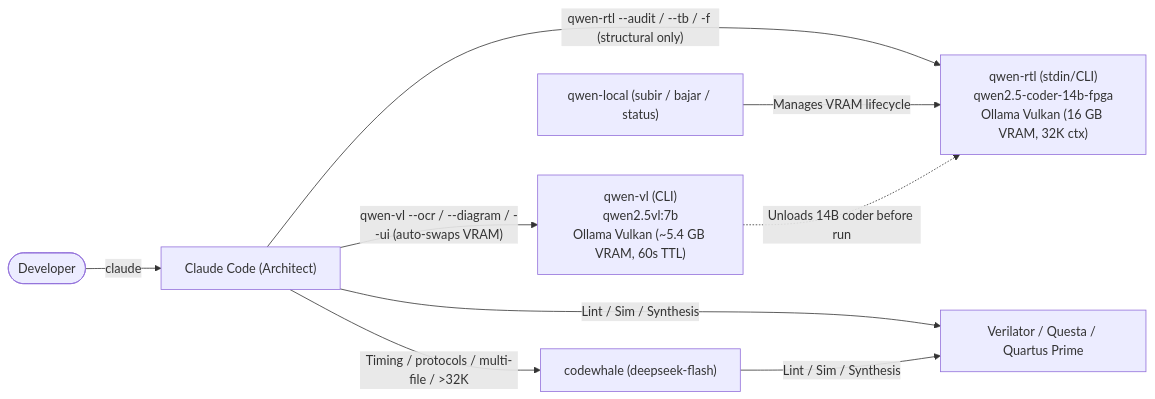
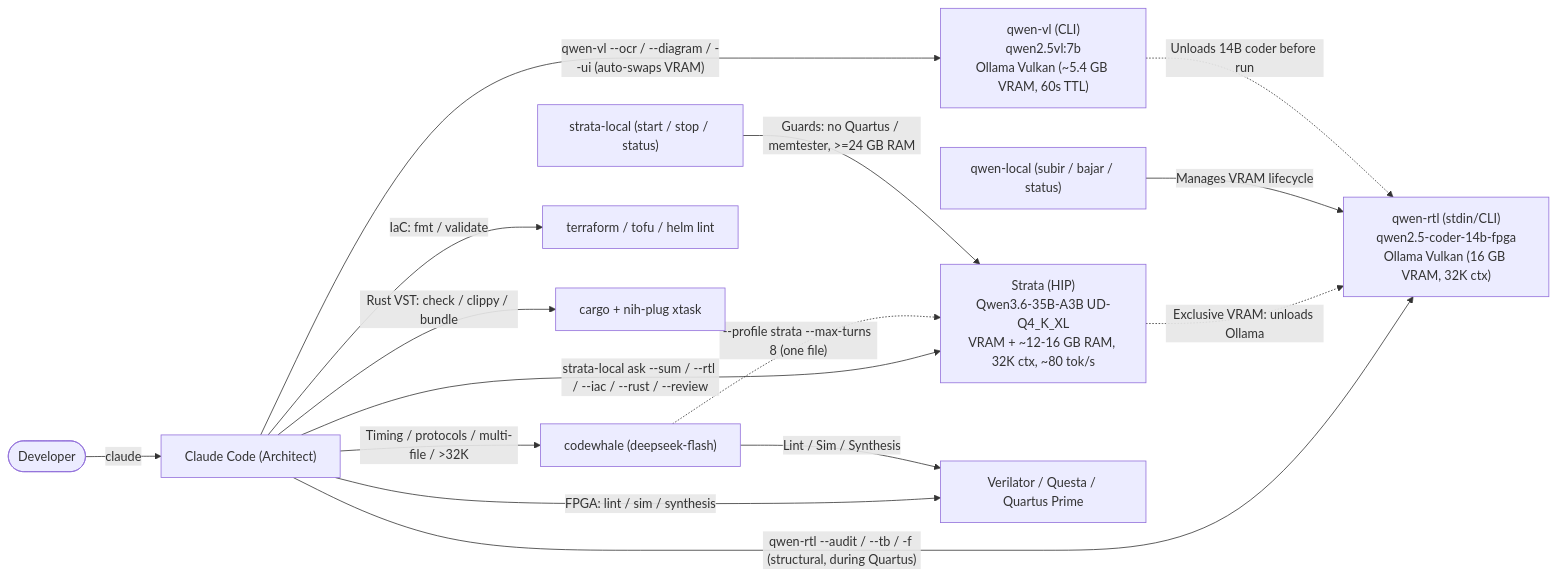
One commit to DanimanX/9070FpgaIAWorkflow changed the diagram in README.md. Above: the diagram before and after it, drawn with Mermaid. The commit also changed 1 other file, not shown here.

Commit message:
docs: add Strata, IaC and Rust VST flows to workflow diagrams

````diff
--- a/README.md
+++ b/README.md
@@ -34,11 +34,17 @@
 ```mermaid
 flowchart LR
     Dev(["Developer"]) -->|"claude"| Claude["Claude Code (Architect)"]
-    Claude -->|"qwen-rtl --audit / --tb / -f (structural only)"| QwenRTL["qwen-rtl (stdin/CLI)<br/>qwen2.5-coder-14b-fpga<br/>Ollama Vulkan (16 GB VRAM, 32K ctx)"]
+    Claude -->|"strata-local ask --sum / --rtl / --iac / --rust / --review"| Strata["Strata (HIP)<br/>Qwen3.6-35B-A3B UD-Q4_K_XL<br/>VRAM + ~12-16 GB RAM, 32K ctx, ~80 tok/s"]
+    Claude -->|"qwen-rtl --audit / --tb / -f (structural, during Quartus)"| QwenRTL["qwen-rtl (stdin/CLI)<br/>qwen2.5-coder-14b-fpga<br/>Ollama Vulkan (16 GB VRAM, 32K ctx)"]
     Claude -->|"qwen-vl --ocr / --diagram / --ui (auto-swaps VRAM)"| QwenVL["qwen-vl (CLI)<br/>qwen2.5vl:7b<br/>Ollama Vulkan (~5.4 GB VRAM, 60s TTL)"]
     Claude -->|"Timing / protocols / multi-file / >32K"| CW["codewhale (deepseek-flash)"]
+    CW -.->|"--profile strata --max-turns 8 (one file)"| Strata
+    SCtrl["strata-local (start / stop / status)"] -->|"Guards: no Quartus / memtester, >=24 GB RAM"| Strata
+    Strata -.->|"Exclusive VRAM: unloads Ollama"| QwenRTL
     Ctrl["qwen-local (subir / bajar / status)"] -->|"Manages VRAM lifecycle"| QwenRTL
     QwenVL -.->|"Unloads 14B coder before run"| QwenRTL
-    Claude -->|"Lint / Sim / Synthesis"| Tools["Verilator / Questa / Quartus Prime"]
+    Claude -->|"FPGA: lint / sim / synthesis"| Tools["Verilator / Questa / Quartus Prime"]
+    Claude -->|"IaC: fmt / validate"| IaC["terraform / tofu / helm lint"]
+    Claude -->|"Rust VST: check / clippy / bundle"| Rust["cargo + nih-plug xtask"]
     CW -->|"Lint / Sim / Synthesis"| Tools
 ```
````
